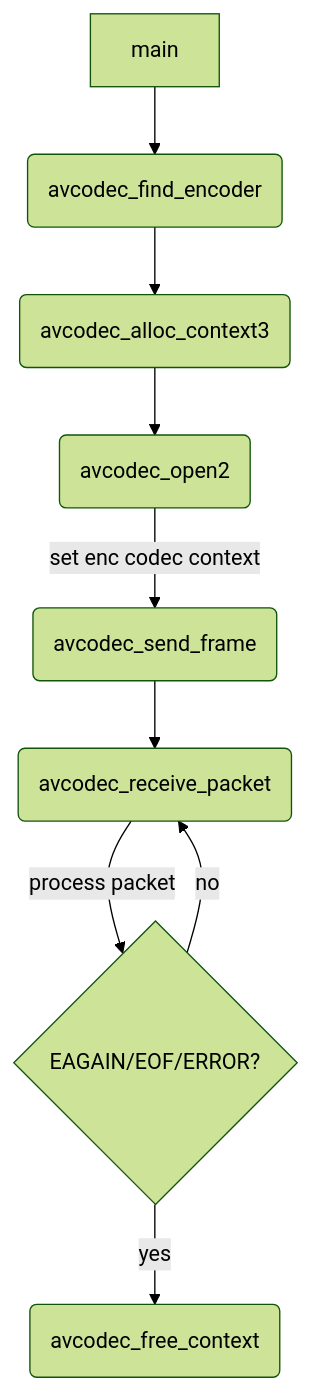
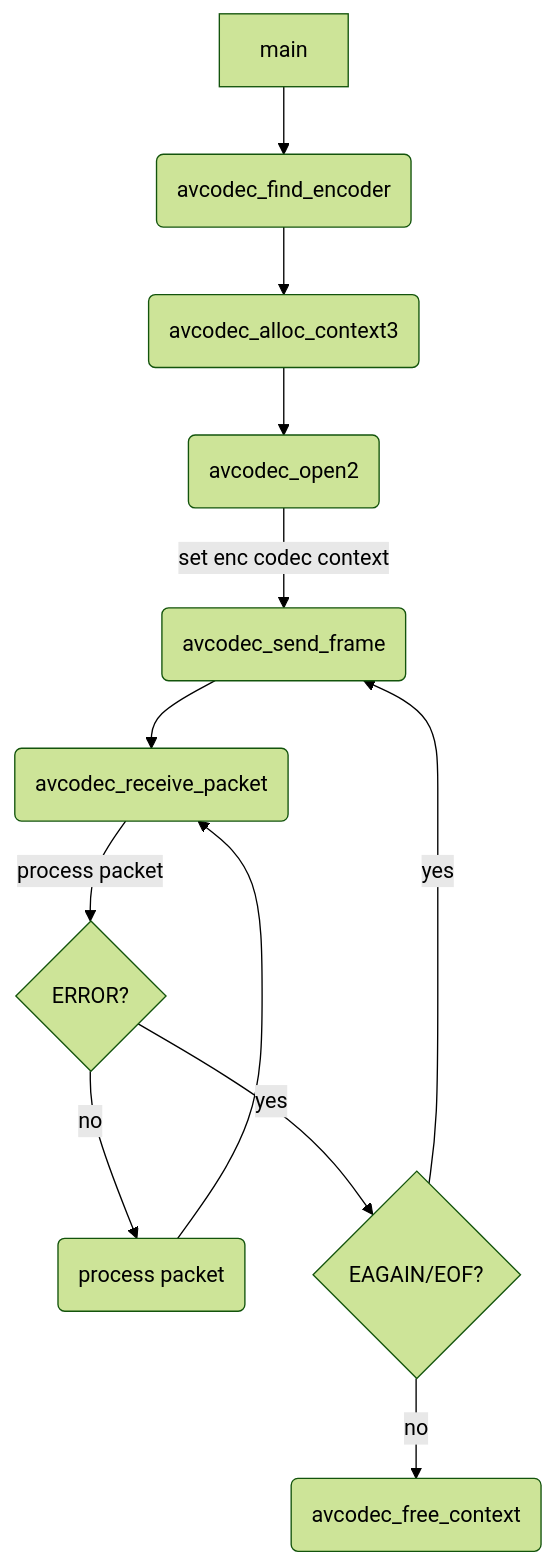
The third of 3 diagrams in ffmepg/ffmpeg_codec.md (xueqing/MyNote), drawn with Mermaid (forest theme) before and after one commit.

````diff
--- a/ffmepg/ffmpeg_codec.md
+++ b/ffmepg/ffmpeg_codec.md
@@ -184,11 +184,14 @@
 ```mermaid
 graph TD
     main --> A(avcodec_find_encoder)
     A --> B(avcodec_alloc_context3)
     B --> C(avcodec_open2)
     C --> |set enc codec context| D(avcodec_send_frame)
     D --> E(avcodec_receive_packet)
-    E --> |process packet| F{"EAGAIN/EOF/ERROR?"}
-    F --> |no| E
-    F --> |yes| G(avcodec_free_context)
+    E --> |process packet| F{"ERROR?"}
+    F --> |no| G(process packet)
+    G --> E
+    F --> |yes| H{"EAGAIN/EOF?"}
+    H --> |no| I(avcodec_free_context)
+    H --> |yes| D
 ```
````
